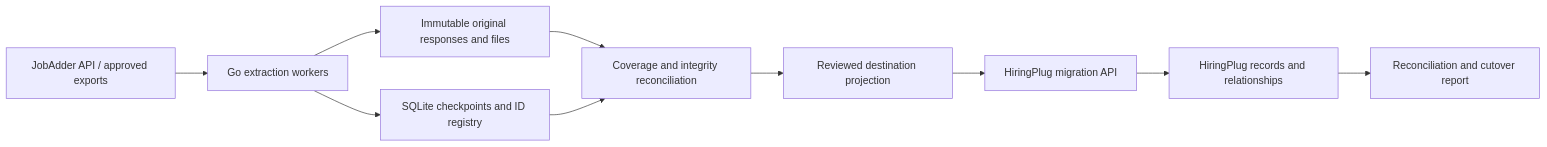
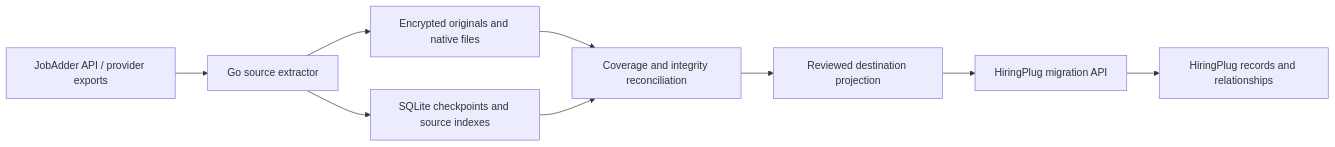
One commit to khoryik96-creator/HiringPlug changed the diagram in docs/jobadder-migration.md. Above: the diagram before and after it, drawn with Mermaid. The commit also changed other lines of this file and 33 other files, not shown here.

First line of the commit message:
Extract JobAdder records and native files with full-scope coverage

````diff
--- a/docs/jobadder-migration.md
+++ b/docs/jobadder-migration.md
@@ -52,12 +56,11 @@
 ```mermaid
 flowchart LR
-  JA[JobAdder API / approved exports] --> Read[Go extraction workers]
-  Read --> Raw[Immutable original responses and files]
-  Read --> State[SQLite checkpoints and ID registry]
+  JA[JobAdder API / provider exports] --> Read[Go source extractor]
+  Read --> Raw[Encrypted originals and native files]
+  Read --> State[SQLite checkpoints and source indexes]
   Raw --> Check[Coverage and integrity reconciliation]
   State --> Check
   Check --> Plan[Reviewed destination projection]
   Plan --> Import[HiringPlug migration API]
   Import --> HP[HiringPlug records and relationships]
-  HP --> Verify[Reconciliation and cutover report]
 ```
````
